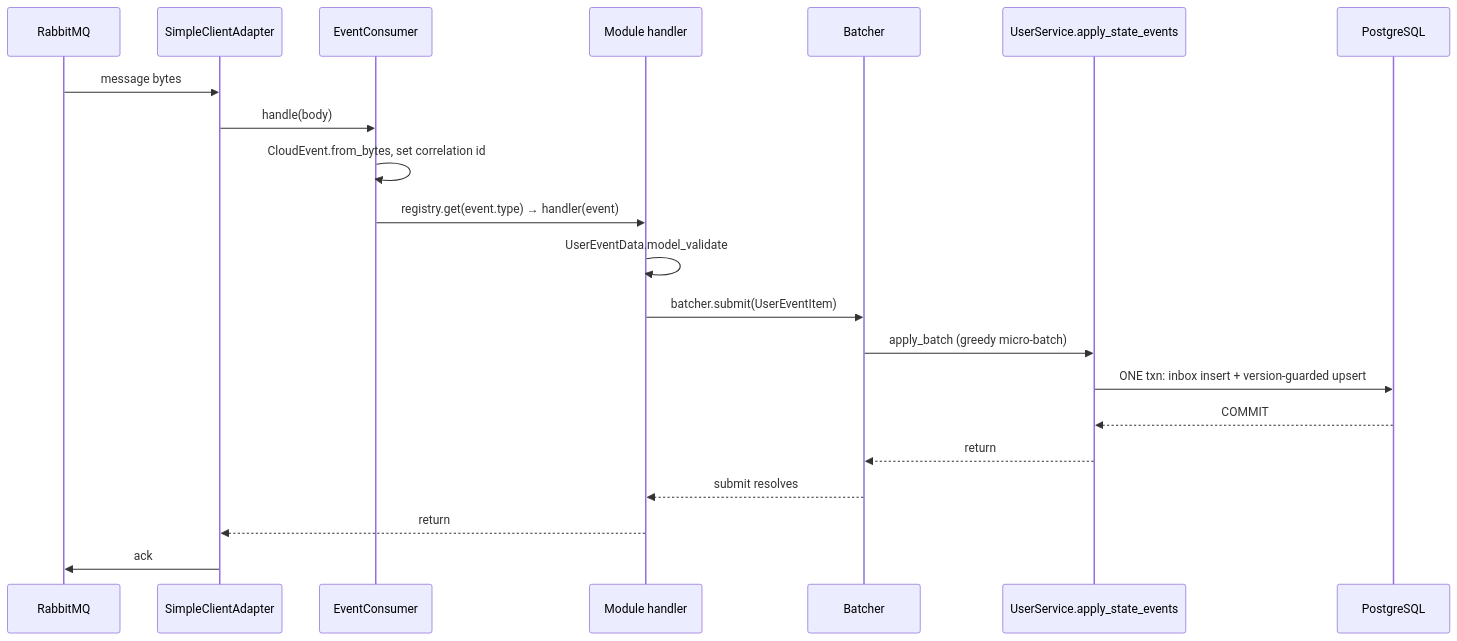
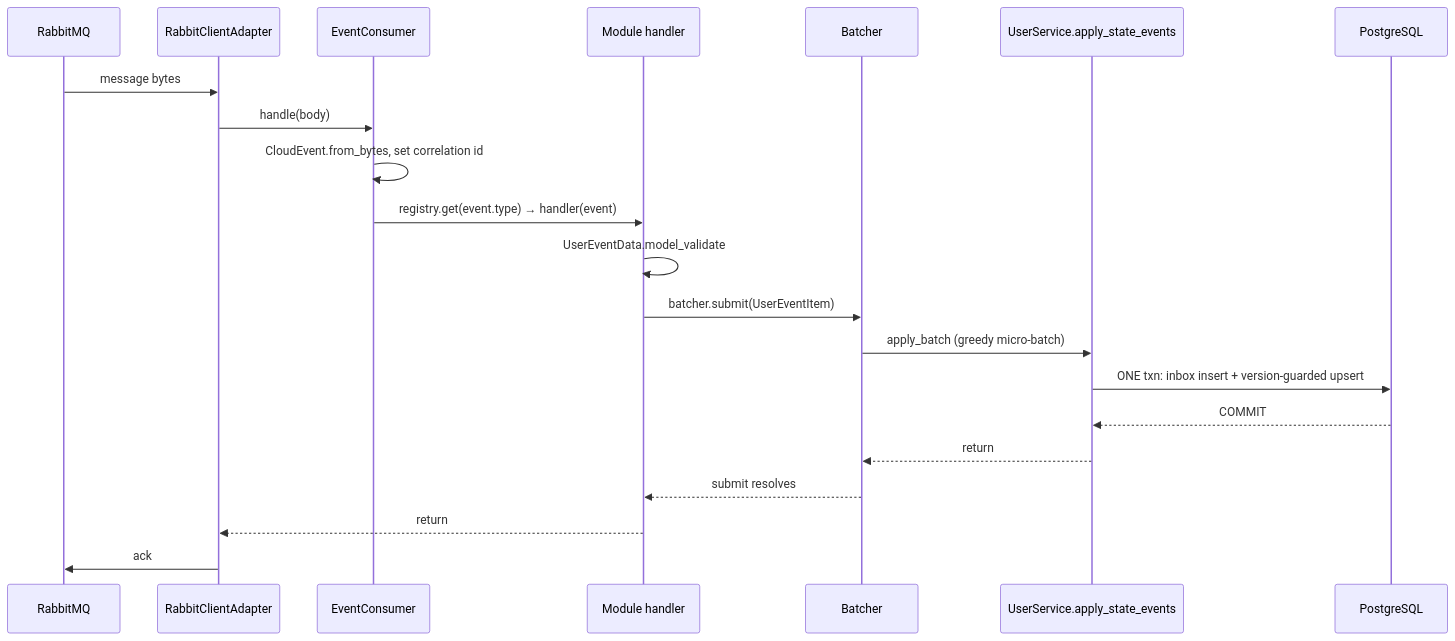
Before and after one commit to kafuexe/RabbitSpeedTest: the second of 2 diagrams in shared_data_service/onboarding/03-architecture-tour.md, drawn with Mermaid. The commit also changed other lines of this file and 45 other files, not shown here.

First line of the commit message:
refactor!: production rename simple-rabbit -> rabbit-client + review fixes

````diff
--- a/shared_data_service/onboarding/03-architecture-tour.md
+++ b/shared_data_service/onboarding/03-architecture-tour.md
@@ -100,23 +100,23 @@
 ```mermaid
 sequenceDiagram
     participant RB as RabbitMQ
-    participant SC as SimpleClientAdapter
+    participant SC as RabbitClientAdapter
     participant EC as EventConsumer
     participant H as Module handler
     participant BA as Batcher
     participant SV as UserService.apply_state_events
     participant PG as PostgreSQL
     RB->>SC: message bytes
     SC->>EC: handle(body)
     EC->>EC: CloudEvent.from_bytes, set correlation id
     EC->>H: registry.get(event.type) → handler(event)
     H->>H: UserEventData.model_validate
     H->>BA: batcher.submit(UserEventItem)
     BA->>SV: apply_batch (greedy micro-batch)
     SV->>PG: ONE txn: inbox insert + version-guarded upsert
     PG-->>SV: COMMIT
     SV-->>BA: return
     BA-->>H: submit resolves
     H-->>SC: return
     SC->>RB: ack
 ```
````
